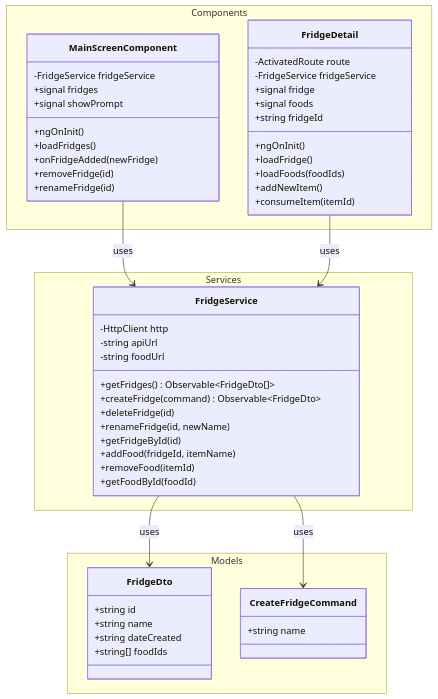
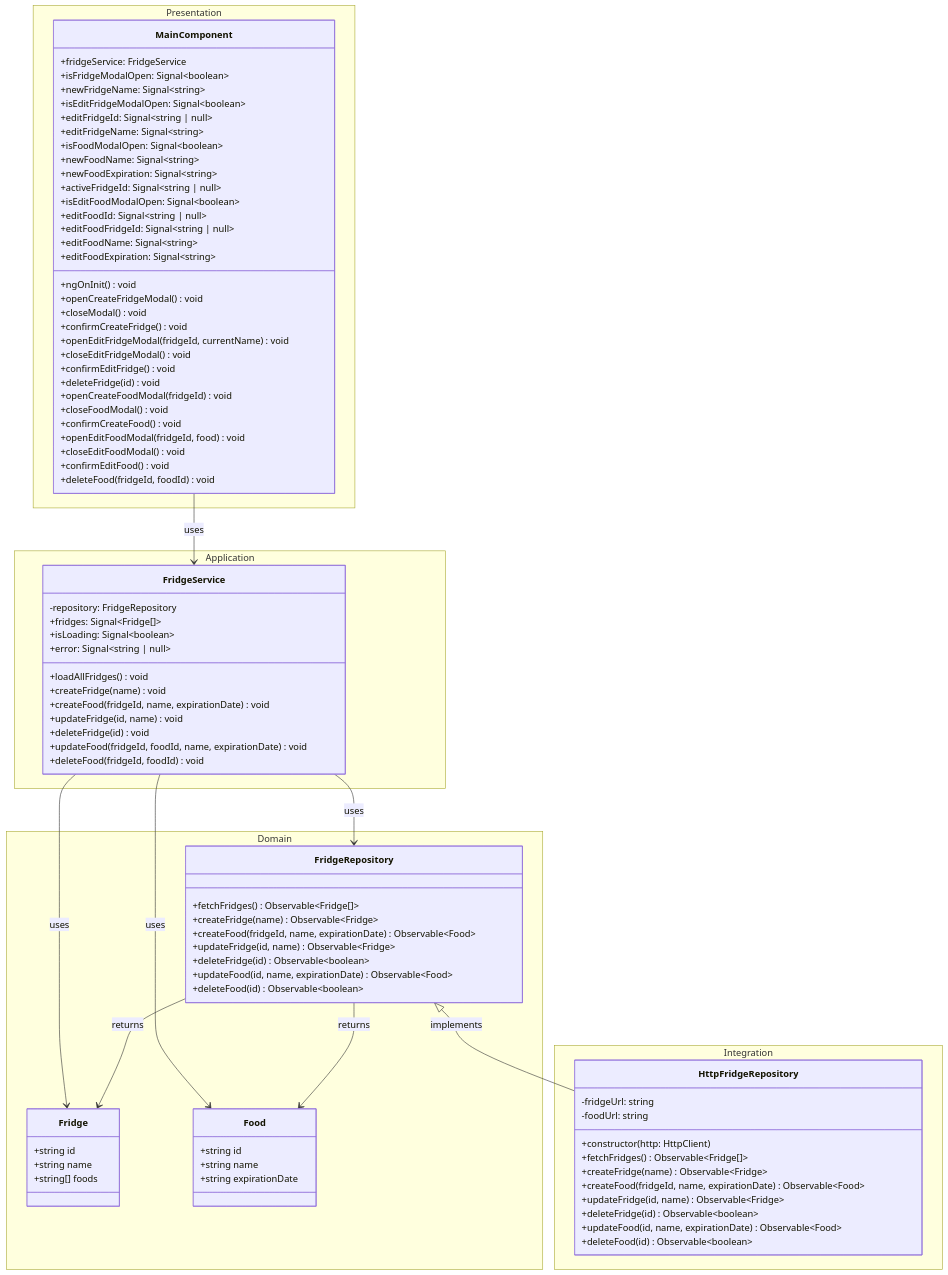
One commit to vojtech-git/icebox changed the fourth of 4 diagrams in README.md. Above: the diagram before and after it, drawn with Mermaid. The commit also changed other lines of this file, not shown here.

Commit message:
Update FE diagram to reality

````diff
--- a/README.md
+++ b/README.md
@@ -180,59 +182,97 @@
 ```mermaid
 %%{init: {'class': {'hideEmptyMembersBox': true}}}%%
 classDiagram
-    namespace Models {
-        class FridgeDto {
+    namespace Domain {
+        class Fridge {
             +string id
             +string name
-            +string dateCreated
-            +string[] foodIds
+            +string[] foods
         }
-        class CreateFridgeCommand {
+        class Food {
+            +string id
             +string name
+            +string expirationDate
+        }
+        class FridgeRepository {
+            +fetchFridges() Observable~Fridge[]~
+            +createFridge(name) Observable~Fridge~
+            +createFood(fridgeId, name, expirationDate) Observable~Food~
+            +updateFridge(id, name) Observable~Fridge~
+            +deleteFridge(id) Observable~boolean~
+            +updateFood(id, name, expirationDate) Observable~Food~
+            +deleteFood(id) Observable~boolean~
         }
     }
-    namespace Services {
+    namespace Application {
         class FridgeService {
-            -HttpClient http
-            -string apiUrl
-            -string foodUrl
-            +getFridges() Observable~FridgeDto[]~
-            +createFridge(command) Observable~FridgeDto~
-            +deleteFridge(id)
-            +renameFridge(id, newName)
-            +getFridgeById(id)
-            +addFood(fridgeId, itemName)
-            +removeFood(itemId)
-            +getFoodById(foodId)
+            -repository: FridgeRepository
+            +fridges: Signal~Fridge[]~
+            +isLoading: Signal~boolean~
+            +error: Signal~string | null~
+            +loadAllFridges() void
+            +createFridge(name) void
+            +createFood(fridgeId, name, expirationDate) void
+            +updateFridge(id, name) void
+            +deleteFridge(id) void
+            +updateFood(fridgeId, foodId, name, expirationDate) void
+            +deleteFood(fridgeId, foodId) void
         }
     }
-    namespace Components {
-        class MainScreenComponent {
-            -FridgeService fridgeService
-            +signal fridges
-            +signal showPrompt
-            +ngOnInit()
-            +loadFridges()
-            +onFridgeAdded(newFridge)
-            +removeFridge(id)
-            +renameFridge(id)
-        }
-        class FridgeDetail {
-            -ActivatedRoute route
-            -FridgeService fridgeService
-            +signal fridge
-            +signal foods
-            +string fridgeId
-            +ngOnInit()
-            +loadFridge()
-            +loadFoods(foodIds)
-            +addNewItem()
-            +consumeItem(itemId)
+    namespace Presentation {
+        class MainComponent {
+            +fridgeService: FridgeService
+            +isFridgeModalOpen: Signal~boolean~
+            +newFridgeName: Signal~string~
+            +isEditFridgeModalOpen: Signal~boolean~
+            +editFridgeId: Signal~string | null~
+            +editFridgeName: Signal~string~
+            +isFoodModalOpen: Signal~boolean~
+            +newFoodName: Signal~string~
+            +newFoodExpiration: Signal~string~
+            +activeFridgeId: Signal~string | null~
+            +isEditFoodModalOpen: Signal~boolean~
+            +editFoodId: Signal~string | null~
+            +editFoodFridgeId: Signal~string | null~
+            +editFoodName: Signal~string~
+            +editFoodExpiration: Signal~string~
+            +ngOnInit() void
+            +openCreateFridgeModal() void
+            +closeModal() void
+            +confirmCreateFridge() void
+            +openEditFridgeModal(fridgeId, currentName) void
+            +closeEditFridgeModal() void
+            +confirmEditFridge() void
+            +deleteFridge(id) void
+            +openCreateFoodModal(fridgeId) void
+            +closeFoodModal() void
+            +confirmCreateFood() void
+            +openEditFoodModal(fridgeId, food) void
+            +closeEditFoodModal() void
+            +confirmEditFood() void
+            +deleteFood(fridgeId, foodId) void
         }
     }
 
-    MainScreenComponent --> FridgeService : uses
-    FridgeDetail --> FridgeService : uses
-    FridgeService --> FridgeDto : uses
-    FridgeService --> CreateFridgeCommand : uses
+    namespace Integration {
+        class HttpFridgeRepository {
+            -fridgeUrl: string
+            -foodUrl: string
+            +constructor(http: HttpClient)
+            +fetchFridges() Observable~Fridge[]~
+            +createFridge(name) Observable~Fridge~
+            +createFood(fridgeId, name, expirationDate) Observable~Food~
+            +updateFridge(id, name) Observable~Fridge~
+            +deleteFridge(id) Observable~boolean~
+            +updateFood(id, name, expirationDate) Observable~Food~
+            +deleteFood(id) Observable~boolean~
+        }
+    }
+
+    MainComponent --> FridgeService : uses
+    FridgeService --> FridgeRepository : uses
+    FridgeRepository <|-- HttpFridgeRepository : implements
+    FridgeService --> Fridge : uses
+    FridgeService --> Food : uses
+    FridgeRepository --> Fridge : returns
+    FridgeRepository --> Food : returns
 ```
````
